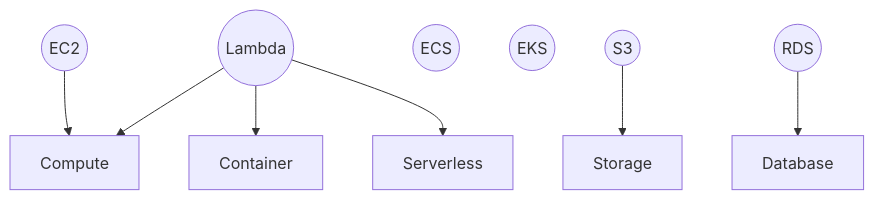
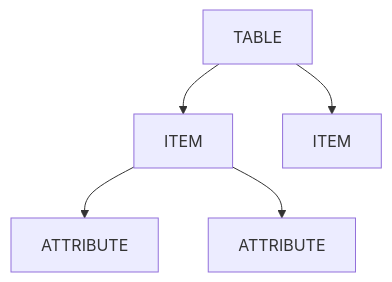
One commit to HARDY8118/AWS-Services-Cheat-Sheet changed the second of 5 diagrams in README.md. Above: the diagram before and after it, drawn with Mermaid. The commit also changed other lines of this file, not shown here.

````diff
--- a/README.md
+++ b/README.md
@@ -171,26 +253,13 @@
 ```mermaid
+flowchart
+  table[TABLE]
+  item1[ITEM]
+  item2[ITEM]
+  attribute1[ATTRIBUTE]
+  attribute2[ATTRIBUTE]
 
-flowchart
-  ec2((EC2))
-  lambda((Lambda))
-  ecs((ECS))
-  eks((EKS))
-  s3((S3))
-  rds((RDS))
-
-  compute[Compute]
-  container[Container]
-  serverless[Serverless]
-  storage[Storage]
-  database[Database]
-
-  ec2 --> compute[Compute]
-
-  lambda --> compute
-  lambda --> container
-  lambda --> serverless
-
-  s3 --> storage
-
-  rds --> database
+  table --> item1
+  table --> item2
+  item1 --> attribute1
+  item1 --> attribute2
 ```
````
